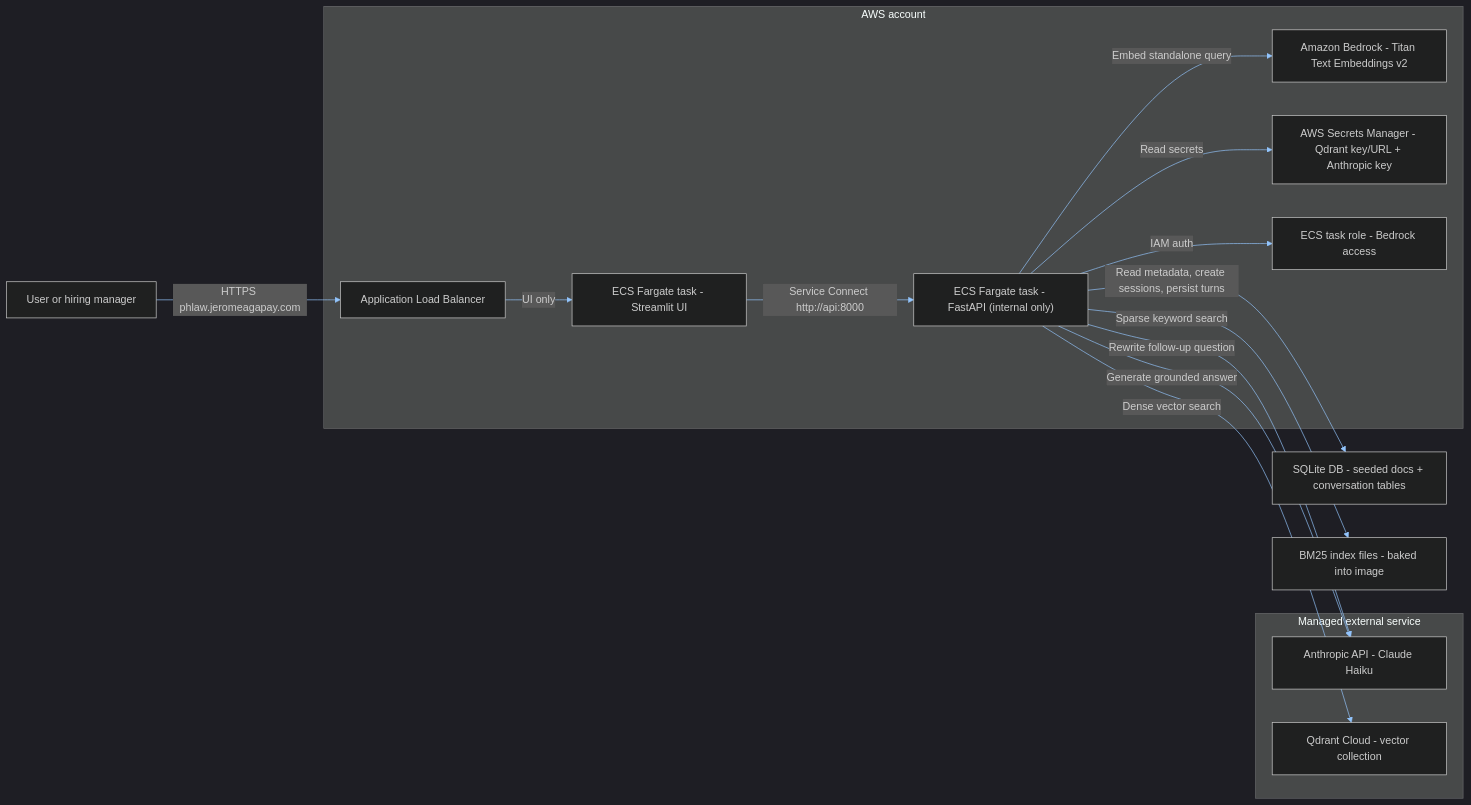
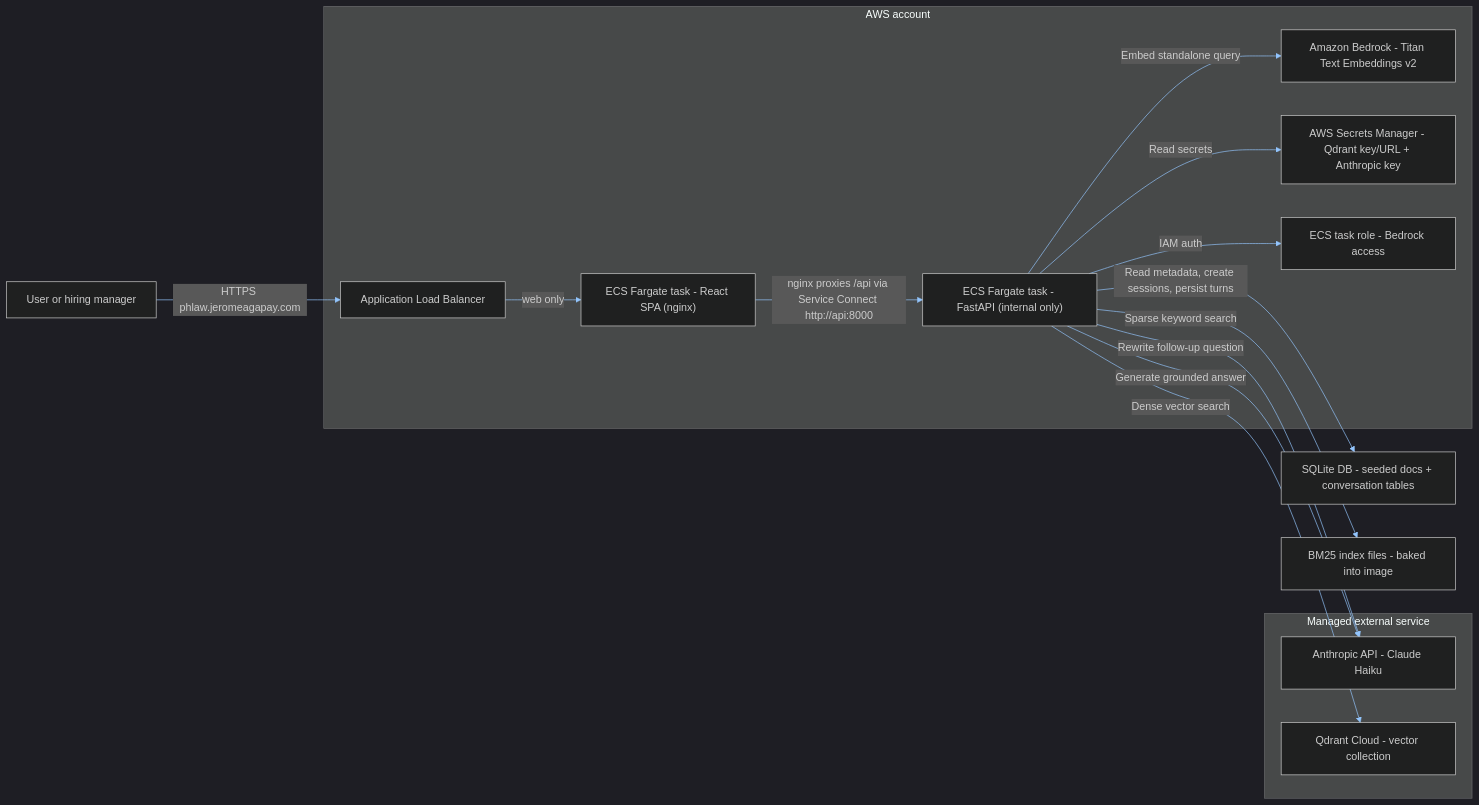
One commit to r-ome/ph-law-rag changed the first of 3 diagrams in docs/aws_deployment_diagram.md. Above: the diagram before and after it, drawn with Mermaid. The commit also changed other lines of this file and 6 other files, not shown here.

First line of the commit message:
docs: refresh architecture/plan/README to the React + nginx topology

````diff
--- a/docs/aws_deployment_diagram.md
+++ b/docs/aws_deployment_diagram.md
@@ -9,32 +9,32 @@
 ```mermaid
 %%{init: {"theme": "dark", "themeVariables": {"background": "#111827", "primaryColor": "#1f2937", "primaryTextColor": "#f9fafb", "primaryBorderColor": "#60a5fa", "lineColor": "#93c5fd", "secondaryColor": "#111827", "tertiaryColor": "#374151"}}}%%
 flowchart LR
     user["User or hiring manager"] -->|HTTPS phlaw.jeromeagapay.com| alb["Application Load Balancer"]
 
-    alb -->|UI only| ui["ECS Fargate task - Streamlit UI"]
+    alb -->|web only| ui["ECS Fargate task - React SPA (nginx)"]
 
-    ui -->|Service Connect http://api:8000| api["ECS Fargate task - FastAPI (internal only)"]
+    ui -->|nginx proxies /api via Service Connect http://api:8000| api["ECS Fargate task - FastAPI (internal only)"]
 
     api -->|Read metadata, create sessions, persist turns| sqlite["SQLite DB - seeded docs + conversation tables"]
     api -->|Rewrite follow-up question| anthropic
     api -->|Embed standalone query| titan["Amazon Bedrock - Titan Text Embeddings v2"]
     api -->|Generate grounded answer| anthropic["Anthropic API - Claude Haiku"]
     api -->|Dense vector search| qdrant["Qdrant Cloud - vector collection"]
     api -->|Sparse keyword search| bm25["BM25 index files - baked into image"]
     api -->|Read secrets| secrets["AWS Secrets Manager - Qdrant key/URL + Anthropic key"]
     api -->|IAM auth| taskRole["ECS task role - Bedrock access"]
 
     subgraph aws["AWS account"]
         alb
         ui
         api
         secrets
         taskRole
         titan
     end
 
     subgraph managed["Managed external service"]
         qdrant
         anthropic
     end
 ```
````
